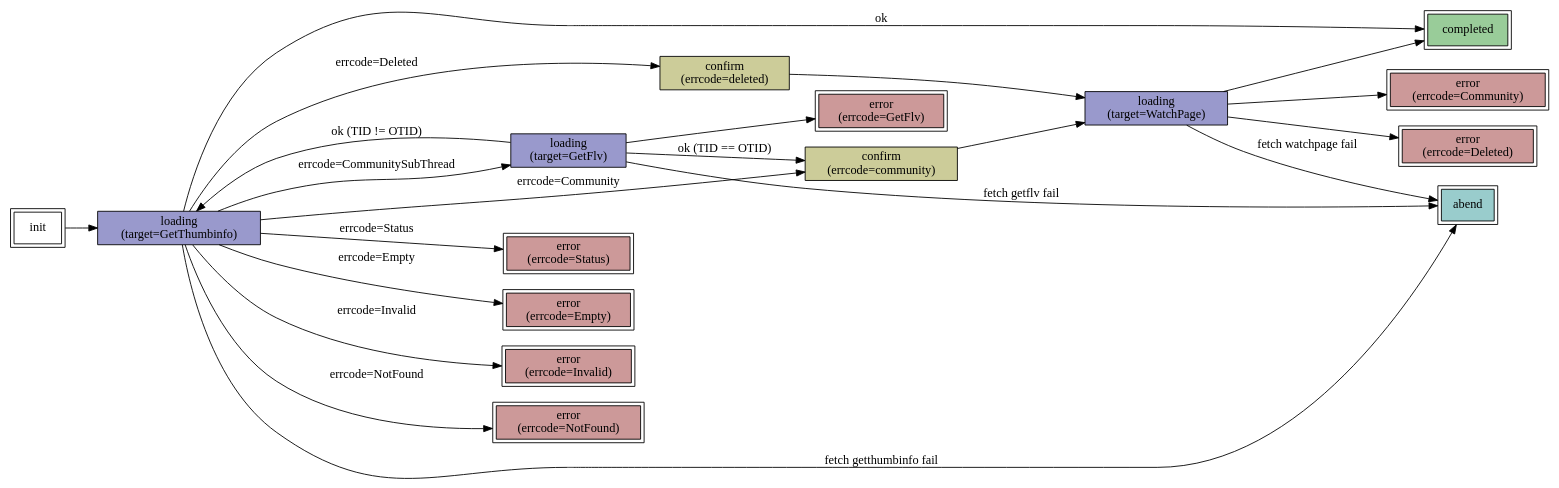
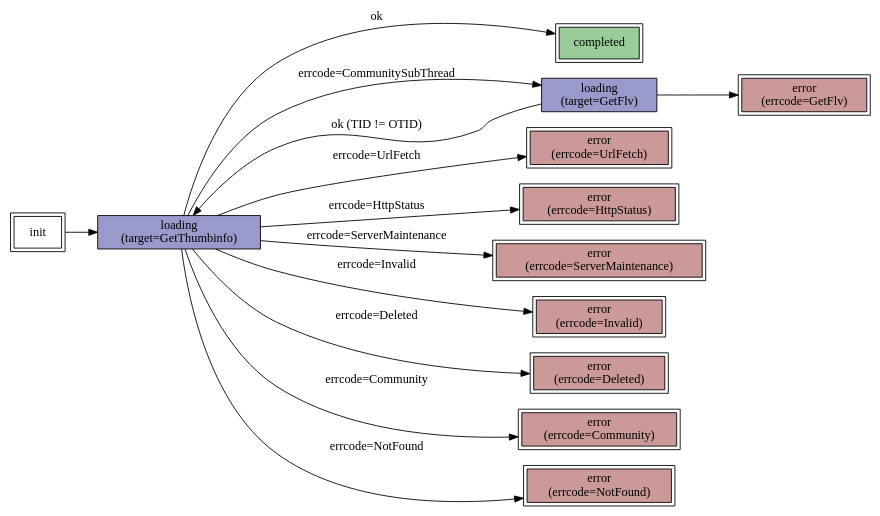
One commit to gifnksm/nicovideo-thumbinfo-popup changed the diagram in doc/nico_thumbinfo/dot/getthumbinfo_fsm.dot. Above: the diagram before and after it, drawn with Graphviz. The commit also changed 3 other files, not shown here.

```diff
--- a/doc/nico_thumbinfo/dot/getthumbinfo_fsm.dot
+++ b/doc/nico_thumbinfo/dot/getthumbinfo_fsm.dot
@@ -1,56 +1,39 @@
 digraph getthuminfo_fsm {
     rankdir = LR;
 
     node [shape = box];
 
     init [label = "init", peripheries = 2];
 
     node [style = filled, fillcolor = "#99cc99", peripheries = 2];
     completed [label = "completed"];
 
     node [style = filled, fillcolor = "#9999cc", peripheries = 1];
     load_getthumbinfo [label = "loading\n(target=GetThumbinfo)"];
     load_getflv [label = "loading\n(target=GetFlv)"];
-    load_watchpage [label = "loading\n(target=WatchPage)"];
-
-    node [style = filled, fillcolor = "#cccc99", peripheries = 1];
-    confirm_deleted [label = "confirm\n(errcode=deleted)"];
-    confirm_community [label = "confirm\n(errcode=community)"];
 
     node [style = filled, fillcolor = "#cc9999", peripheries = 2];
-    error_status [label = "error\n(errcode=Status)"];
-    error_empty [label = "error\n(errcode=Empty)"];
+    error_fetch [label = "error\n(errcode=UrlFetch)"];
+    error_status [label = "error\n(errcode=HttpStatus)"];
+    error_empty [label = "error\n(errcode=ServerMaintenance)"];
     error_invalid [label = "error\n(errcode=Invalid)"];
     error_deleted [label = "error\n(errcode=Deleted)"];
     error_community [label = "error\n(errcode=Community)"];
     error_notfound [ label = "error\n(errcode=NotFound)"];
     error_getflv [label = "error\n(errcode=GetFlv)"];
 
-    node [style = filled, fillcolor = "#99cccc", peripheries = 2];
-    abend [label = "abend"];
-
     init -> load_getthumbinfo;
 
     load_getthumbinfo -> completed [label = "ok"];
-    load_getthumbinfo -> error_status [label = "errcode=Status"];
-    load_getthumbinfo -> error_empty [label = "errcode=Empty"];
+    load_getthumbinfo -> error_fetch [label = "errcode=UrlFetch"];
+    load_getthumbinfo -> error_status [label = "errcode=HttpStatus"];
+    load_getthumbinfo -> error_empty [label = "errcode=ServerMaintenance"];
     load_getthumbinfo -> error_invalid [label = "errcode=Invalid"];
-    load_getthumbinfo -> confirm_deleted [label = "errcode=Deleted"];
-    load_getthumbinfo -> confirm_community [label = "errcode=Community"]
+    load_getthumbinfo -> error_deleted [label = "errcode=Deleted"];
+    load_getthumbinfo -> error_community [label = "errcode=Community"]
     load_getthumbinfo -> load_getflv [label = "errcode=CommunitySubThread"];
     load_getthumbinfo -> error_notfound [label = "errcode=NotFound"];
-    load_getthumbinfo -> abend [label = "fetch getthumbinfo fail"];
-
-    confirm_deleted -> load_watchpage;
-    confirm_community -> load_watchpage;
-
-    load_watchpage -> completed;
-    load_watchpage -> error_deleted;
-    load_watchpage -> error_community;
-    load_watchpage -> abend [ label = "fetch watchpage fail"];
 
     load_getflv -> error_getflv;
     load_getflv -> load_getthumbinfo [label = "ok (TID != OTID)"];
-    load_getflv -> abend [label = "fetch getflv fail"];
-    load_getflv -> confirm_community [label = "ok (TID == OTID)"];
 }
```
